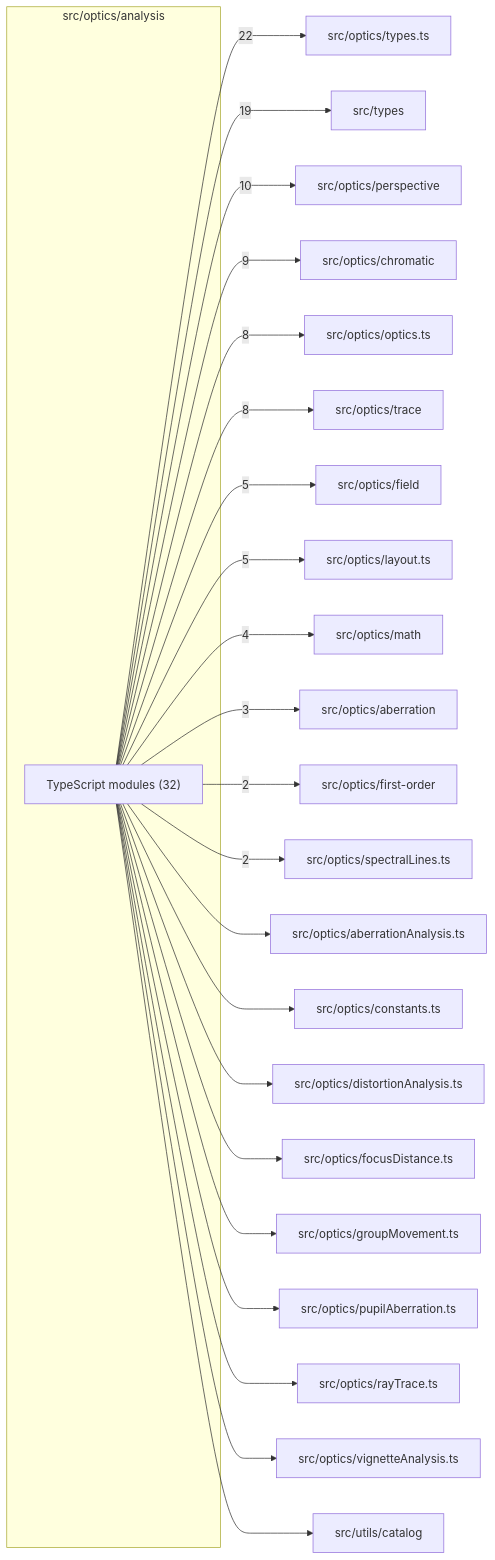
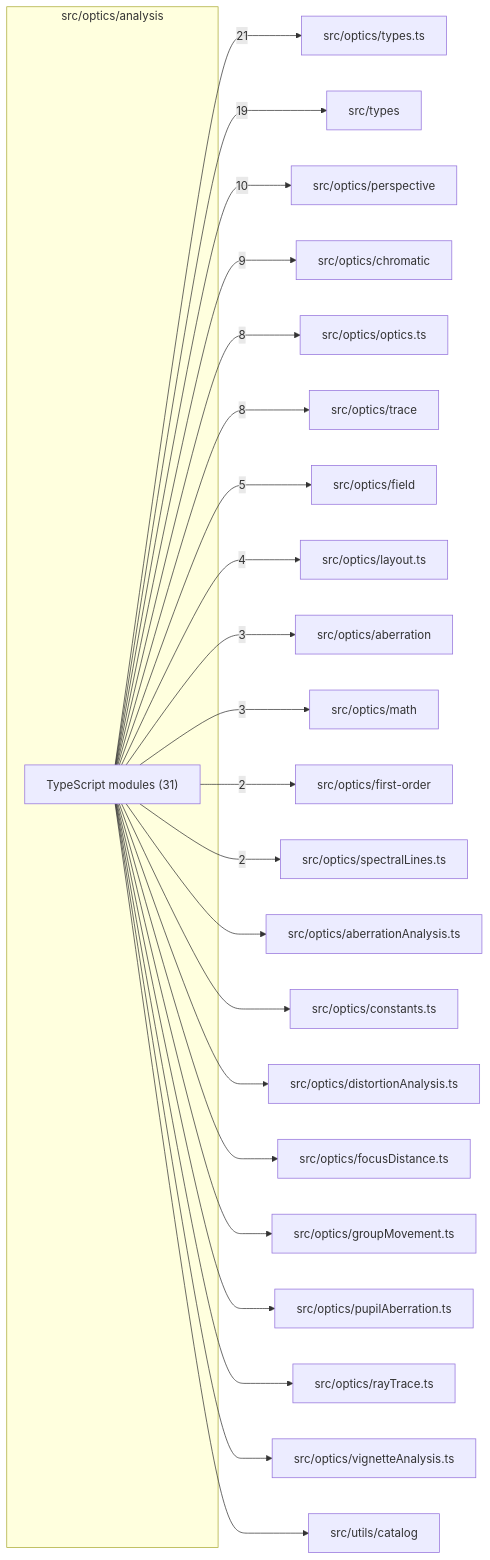
One commit to ronbuening/LensVisualizer changed the diagram in src/optics/analysis/readme.md. Above: the diagram before and after it, drawn with Mermaid. The commit also changed other lines of this file and 42 other files, not shown here.

````diff
--- a/src/optics/analysis/readme.md
+++ b/src/optics/analysis/readme.md
@@ -9,48 +9,48 @@
 ```mermaid
 flowchart LR
   subgraph n_src_optics_analysis["src/optics/analysis"]
-    n_src_optics_analysis_TypeScript_modules["TypeScript modules (32)"]
+    n_src_optics_analysis_TypeScript_modules["TypeScript modules (31)"]
   end
   n_external_src_optics_types_ts["src/optics/types.ts"]
   n_external_src_types["src/types"]
   n_external_src_optics_perspective["src/optics/perspective"]
   n_external_src_optics_chromatic["src/optics/chromatic"]
   n_external_src_optics_optics_ts["src/optics/optics.ts"]
   n_external_src_optics_trace["src/optics/trace"]
   n_external_src_optics_field["src/optics/field"]
   n_external_src_optics_layout_ts["src/optics/layout.ts"]
+  n_external_src_optics_aberration["src/optics/aberration"]
   n_external_src_optics_math["src/optics/math"]
-  n_external_src_optics_aberration["src/optics/aberration"]
   n_external_src_optics_first_order["src/optics/first-order"]
   n_external_src_optics_spectralLines_ts["src/optics/spectralLines.ts"]
   n_external_src_optics_aberrationAnalysis_ts["src/optics/aberrationAnalysis.ts"]
   n_external_src_optics_constants_ts["src/optics/constants.ts"]
   n_external_src_optics_distortionAnalysis_ts["src/optics/distortionAnalysis.ts"]
   n_external_src_optics_focusDistance_ts["src/optics/focusDistance.ts"]
   n_external_src_optics_groupMovement_ts["src/optics/groupMovement.ts"]
   n_external_src_optics_pupilAberration_ts["src/optics/pupilAberration.ts"]
   n_external_src_optics_rayTrace_ts["src/optics/rayTrace.ts"]
   n_external_src_optics_vignetteAnalysis_ts["src/optics/vignetteAnalysis.ts"]
   n_external_src_utils_catalog["src/utils/catalog"]
-  n_src_optics_analysis_TypeScript_modules --> |22| n_external_src_optics_types_ts
+  n_src_optics_analysis_TypeScript_modules --> |21| n_external_src_optics_types_ts
   n_src_optics_analysis_TypeScript_modules --> |19| n_external_src_types
   n_src_optics_analysis_TypeScript_modules --> |10| n_external_src_optics_perspective
   n_src_optics_analysis_TypeScript_modules --> |9| n_external_src_optics_chromatic
   n_src_optics_analysis_TypeScript_modules --> |8| n_external_src_optics_optics_ts
   n_src_optics_analysis_TypeScript_modules --> |8| n_external_src_optics_trace
   n_src_optics_analysis_TypeScript_modules --> |5| n_external_src_optics_field
-  n_src_optics_analysis_TypeScript_modules --> |5| n_external_src_optics_layout_ts
-  n_src_optics_analysis_TypeScript_modules --> |4| n_external_src_optics_math
+  n_src_optics_analysis_TypeScript_modules --> |4| n_external_src_optics_layout_ts
   n_src_optics_analysis_TypeScript_modules --> |3| n_external_src_optics_aberration
+  n_src_optics_analysis_TypeScript_modules --> |3| n_external_src_optics_math
   n_src_optics_analysis_TypeScript_modules --> |2| n_external_src_optics_first_order
   n_src_optics_analysis_TypeScript_modules --> |2| n_external_src_optics_spectralLines_ts
   n_src_optics_analysis_TypeScript_modules --> n_external_src_optics_aberrationAnalysis_ts
   n_src_optics_analysis_TypeScript_modules --> n_external_src_optics_constants_ts
   n_src_optics_analysis_TypeScript_modules --> n_external_src_optics_distortionAnalysis_ts
   n_src_optics_analysis_TypeScript_modules --> n_external_src_optics_focusDistance_ts
   n_src_optics_analysis_TypeScript_modules --> n_external_src_optics_groupMovement_ts
   n_src_optics_analysis_TypeScript_modules --> n_external_src_optics_pupilAberration_ts
   n_src_optics_analysis_TypeScript_modules --> n_external_src_optics_rayTrace_ts
   n_src_optics_analysis_TypeScript_modules --> n_external_src_optics_vignetteAnalysis_ts
   n_src_optics_analysis_TypeScript_modules --> n_external_src_utils_catalog
 ```
````
